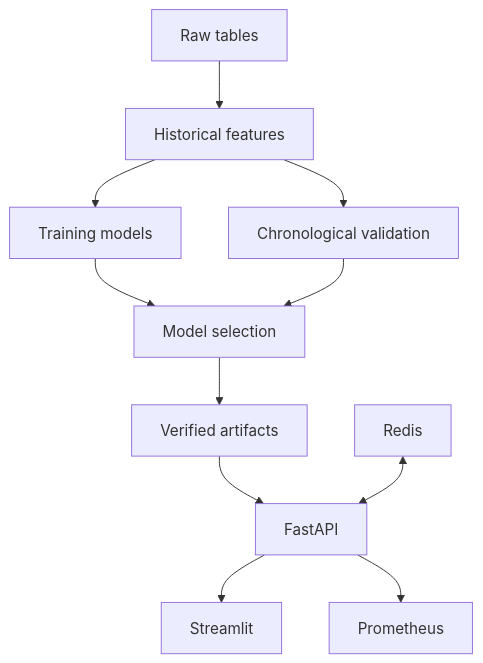
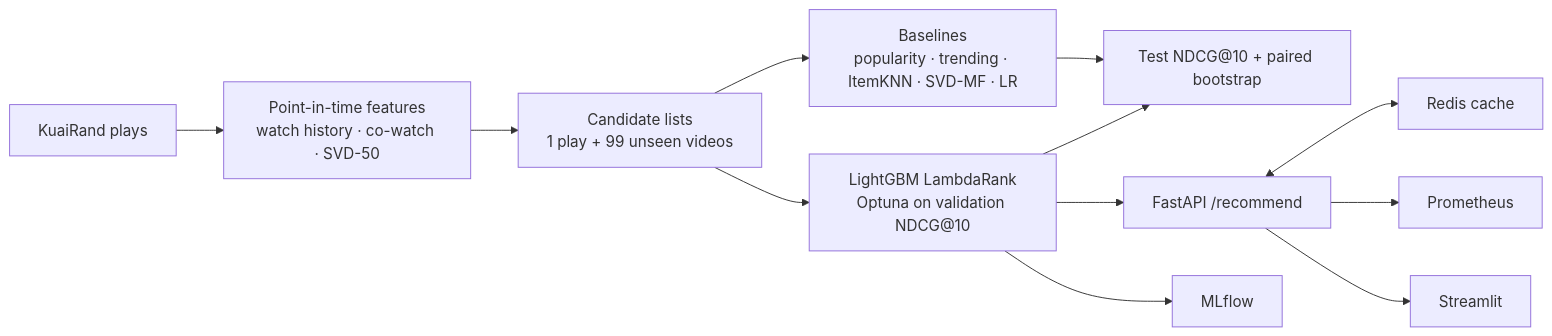
Before and after one commit to yawen891115/youtube-recommendation-system-project: the diagram in README.md, drawn with Mermaid. The commit also changed other lines of this file and 44 other files, not shown here.

Commit message:
Add LambdaRank training, evaluation reports and monitored serving

````diff
--- a/README.md
+++ b/README.md
@@ -20,13 +62,14 @@
 ```mermaid
-flowchart TD
-    D["Raw tables"] --> F["Historical features"]
-    F --> T["Training models"]
-    F --> V["Chronological validation"]
-    T --> S["Model selection"]
-    V --> S
-    S --> A["Verified artifacts"]
-    A --> P["FastAPI"]
-    C["Redis"] <--> P
-    P --> U["Streamlit"]
-    P --> M["Prometheus"]
+flowchart LR
+    D["KuaiRand plays"] --> F["Point-in-time features<br/>watch history · co-watch · SVD-50"]
+    F --> C["Candidate lists<br/>1 play + 99 unseen videos"]
+    C --> R["LightGBM LambdaRank<br/>Optuna on validation NDCG@10"]
+    C --> B["Baselines<br/>popularity · trending · ItemKNN · SVD-MF · LR"]
+    R --> E["Test NDCG@10 + paired bootstrap"]
+    B --> E
+    R --> A["FastAPI /recommend"]
+    A <--> X["Redis cache"]
+    A --> P["Prometheus"]
+    A --> U["Streamlit"]
+    R --> M["MLflow"]
 ```
````
